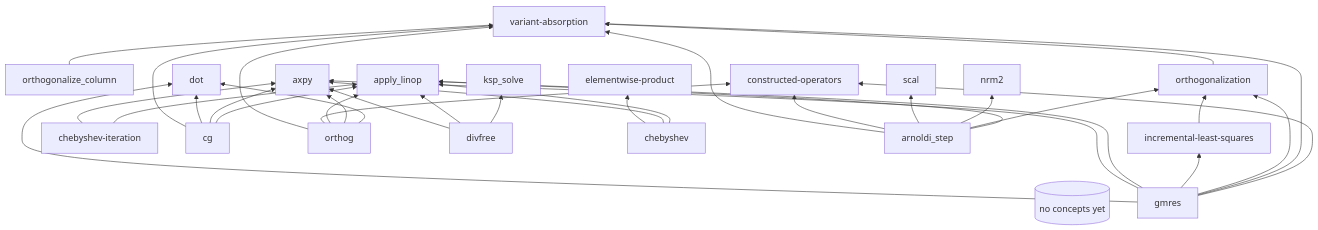
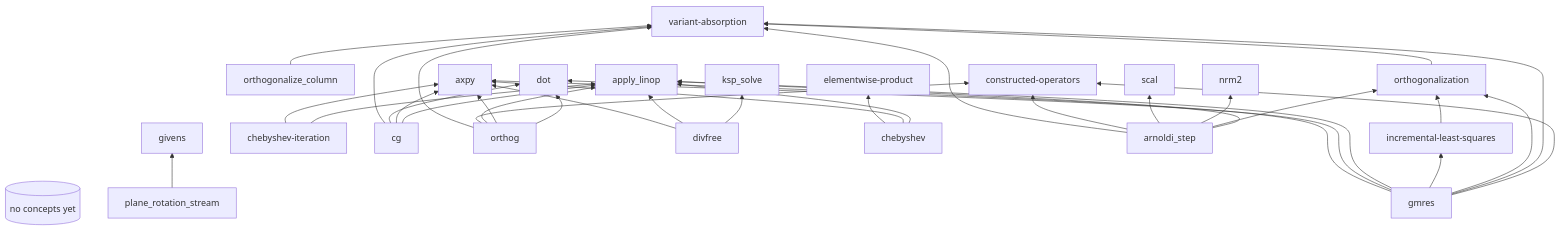
Before and after one commit to crutcher/palace_whiteroom: the third of 6 diagrams in book/src/concepts/dependency-map.md, drawn with Mermaid. The commit also changed 7 other files, not shown here.

Commit message:
cycle: forward plane_rotation_stream [L0→L1] → pass

````diff
--- a/book/src/concepts/dependency-map.md
+++ b/book/src/concepts/dependency-map.md
@@ -112,38 +112,39 @@
 ```mermaid
 graph BT
   %% Empty — populate as concepts are extracted.
   placeholder[(no concepts yet)]
   orthogonalize_column --> variant-absorption
   gmres --> constructed-operators
   gmres --> variant-absorption
   gmres --> orthogonalization
   gmres --> incremental-least-squares
   incremental-least-squares --> orthogonalization
   gmres --> apply_linop
   orthogonalization --> variant-absorption
   chebyshev-iteration --> apply_linop
   chebyshev-iteration --> axpy
   cg --> apply_linop
   cg --> axpy
   cg --> dot
   cg --> variant-absorption
   gmres --> axpy
   gmres --> dot
   orthog --> dot
   orthog --> axpy
   orthog --> apply_linop
   orthog --> constructed-operators
   orthog --> variant-absorption
   divfree --> ksp_solve
   divfree --> apply_linop
   divfree --> axpy
   chebyshev --> apply_linop
   chebyshev --> axpy
   chebyshev --> elementwise-product
   arnoldi_step --> apply_linop
   arnoldi_step --> orthogonalization
   arnoldi_step --> nrm2
   arnoldi_step --> scal
   arnoldi_step --> constructed-operators
   arnoldi_step --> variant-absorption
+  plane_rotation_stream --> givens
 ```
````
